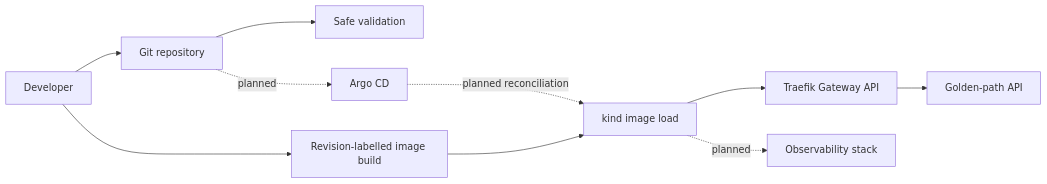
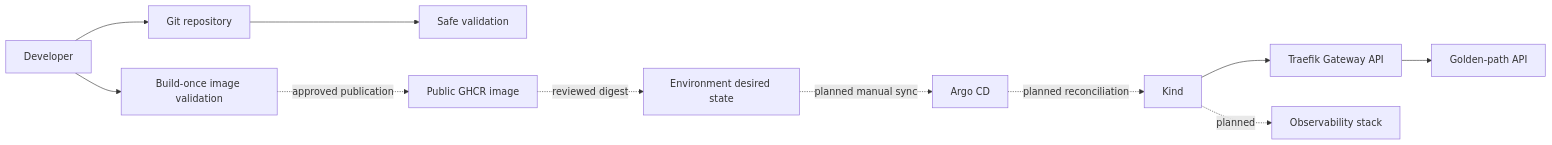
The diagram in README.md (Rano1000/platform-engineering-lab), drawn with Mermaid before and after one commit. The commit also changed other lines of this file and 50 other files, not shown here.

Commit message:
feat: add guarded Argo CD GitOps delivery

````diff
--- a/README.md
+++ b/README.md
@@ -25,12 +25,13 @@
 ```mermaid
 flowchart LR
     Developer[Developer] --> Git[Git repository]
     Git --> CI[Safe validation]
-    Developer --> Build[Revision-labelled image build]
-    Build --> Kind[kind image load]
-    Git -. planned .-> Argo[Argo CD]
+    Developer --> Build[Build-once image validation]
+    Build -. approved publication .-> GHCR[Public GHCR image]
+    GHCR -. reviewed digest .-> GitOps[Environment desired state]
+    GitOps -. planned manual sync .-> Argo[Argo CD]
     Argo -. planned reconciliation .-> Kind
     Kind --> Gateway[Traefik Gateway API]
     Gateway --> App[Golden-path API]
     Kind -. planned .-> Observability[Observability stack]
 ```
````
